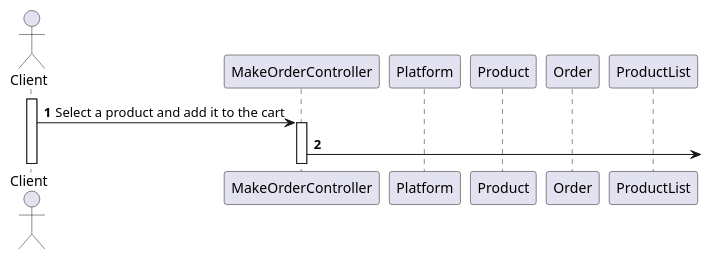
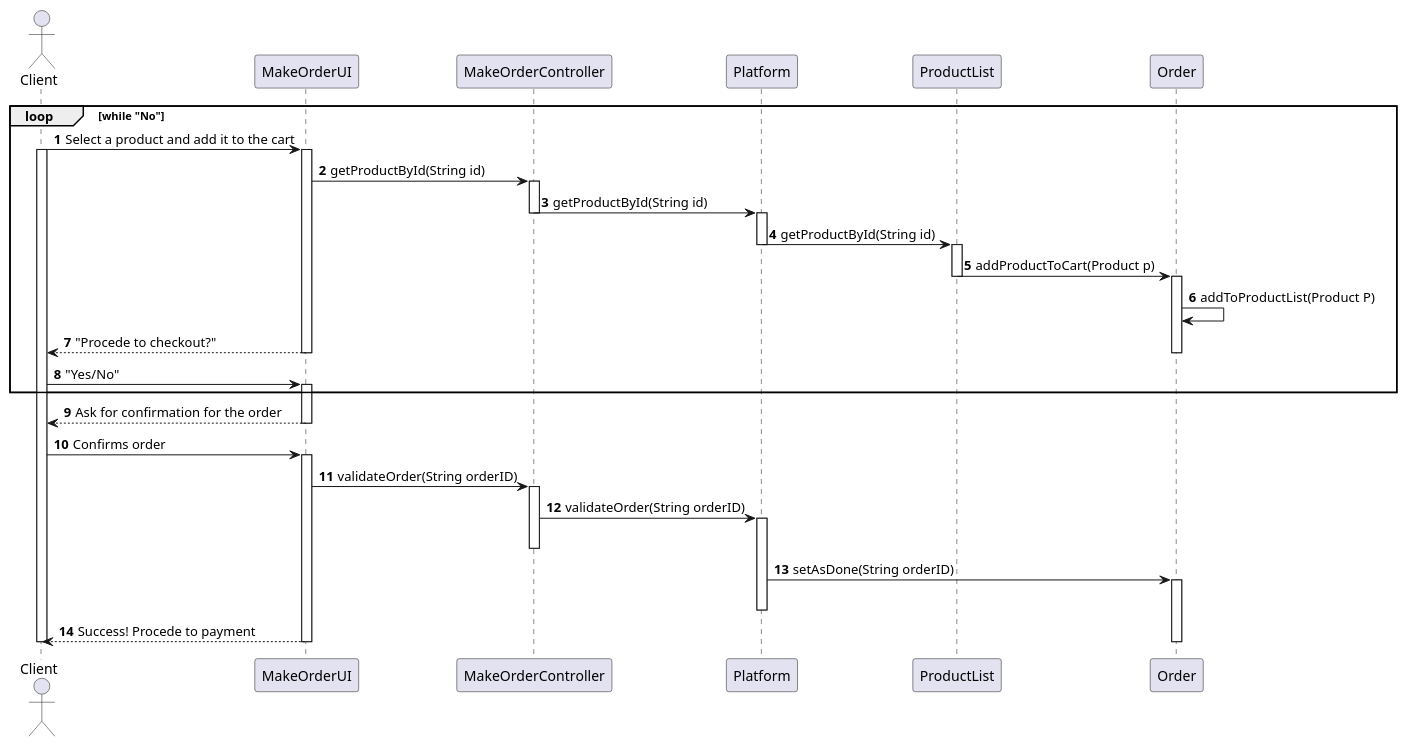
Before and after one commit to 1191259/ProjetoLapr3: the diagram in docs/Sprint1/UC1 - Make an Order/UC1_SD.puml, drawn with PlantUML. The commit also changed 1 other file, not shown here.

Commit message:
sequence diagram for uc1

```diff
--- a/docs/Sprint1/UC1 - Make an Order/UC1_SD.puml
+++ b/docs/Sprint1/UC1 - Make an Order/UC1_SD.puml
@@ -1,17 +1,68 @@
 @startuml
 autonumber
 
 actor "Client" as C
+participant "MakeOrderUI" as UI
 participant "MakeOrderController" as CTRL
 participant "Platform" as PLAT
-participant "Product" as PRDT
+participant "ProductList" as PRLST
 participant "Order" as OR
-participant "ProductList" as PRLST
 
-activate C
-C -> CTRL : Select a product and add it to the cart
+loop while "No"
 
+    C -> UI : Select a product and add it to the cart
+    activate C
+
+    activate UI
+    UI -> CTRL : getProductById(String id)
+
+    activate CTRL
+    CTRL -> PLAT : getProductById(String id)
+    deactivate CTRL
+
+    activate PLAT
+    PLAT -> PRLST : getProductById(String id)
+    deactivate PLAT
+
+    activate PRLST
+    PRLST -> OR : addProductToCart(Product p)
+    deactivate PRLST
+
+    activate OR
+    OR -> OR : addToProductList(Product P)
+
+    UI --> C : "Procede to checkout?"
+    deactivate UI
+
+    deactivate OR
+
+    C -> UI : "Yes/No"
+    activate UI
+
+end loop
+
+UI --> C : Ask for confirmation for the order
+deactivate UI
+
+C -> UI : Confirms order
+activate UI
+
+UI -> CTRL : validateOrder(String orderID)
 activate CTRL
-CTRL ->
+
+CTRL -> PLAT : validateOrder(String orderID)
+activate PLAT
+deactivate CTRL
+
+PLAT -> OR : setAsDone(String orderID)
+activate OR
+deactivate PLAT
+
+UI --> C : Success! Procede to payment
+deactivate UI
+deactivate OR
+deactivate C
+
+
 
 @enduml
```
